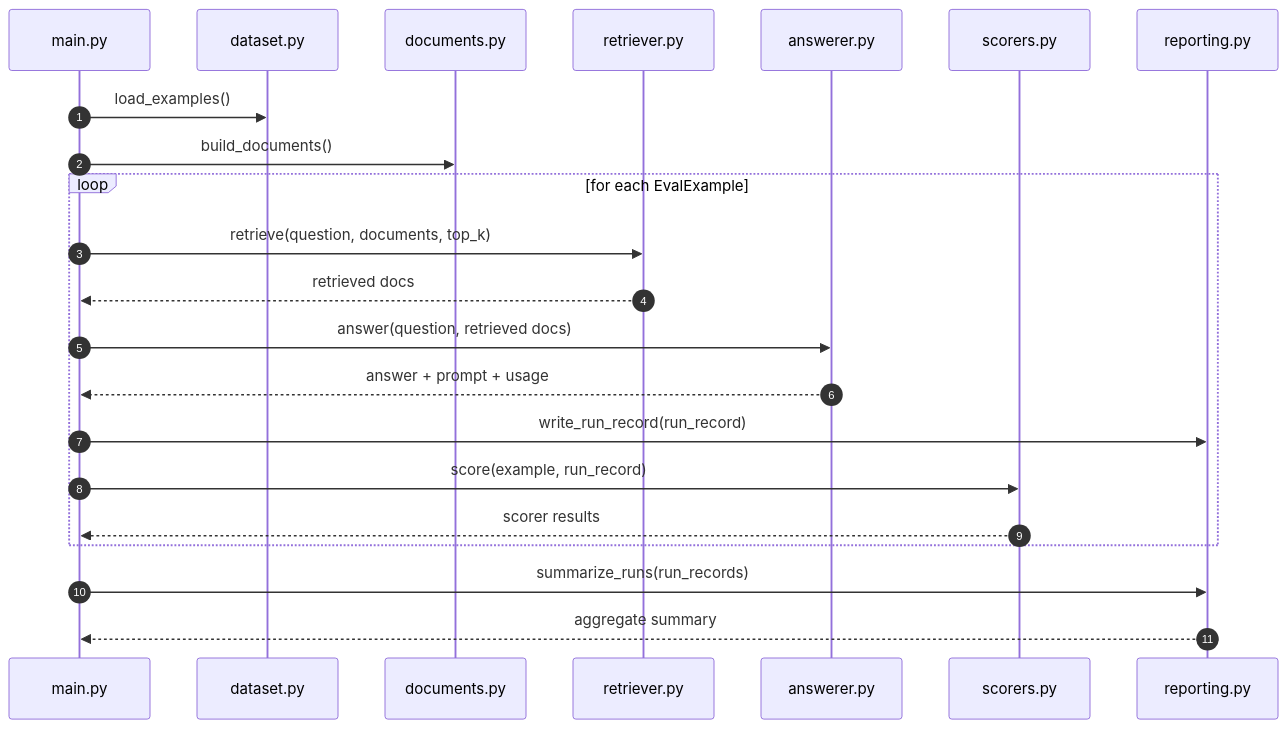
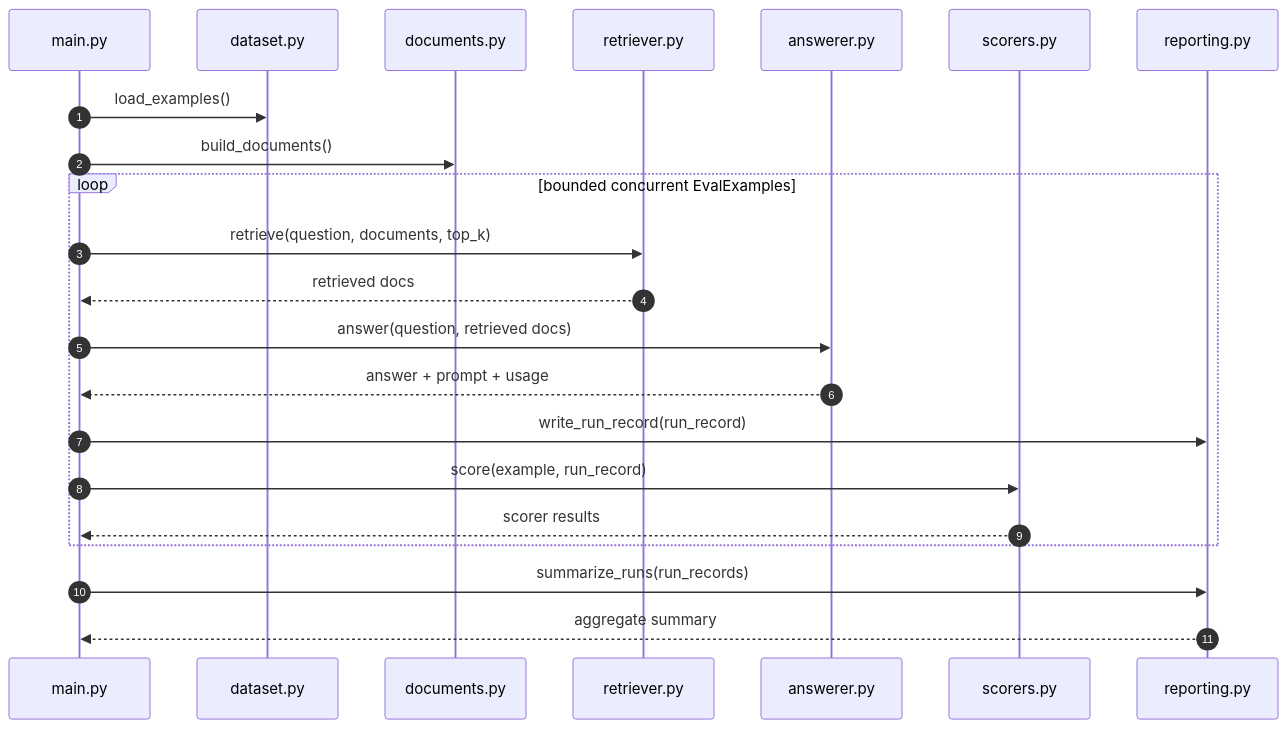
One commit to yao-creative/ai-playground changed the diagram in src/04-evals/README.md. Above: the diagram before and after it, drawn with Mermaid. The commit also changed other lines of this file and 24 other files, not shown here.

````diff
--- a/src/04-evals/README.md
+++ b/src/04-evals/README.md
@@ -32,25 +32,25 @@
 ```mermaid
 sequenceDiagram
     autonumber
     participant Main as main.py
     participant Dataset as dataset.py
     participant Docs as documents.py
     participant Retriever as retriever.py
     participant Answerer as answerer.py
     participant Scorers as scorers.py
     participant Report as reporting.py
 
     Main->>Dataset: load_examples()
     Main->>Docs: build_documents()
-    loop for each EvalExample
+    loop bounded concurrent EvalExamples
         Main->>Retriever: retrieve(question, documents, top_k)
         Retriever-->>Main: retrieved docs
         Main->>Answerer: answer(question, retrieved docs)
         Answerer-->>Main: answer + prompt + usage
         Main->>Report: write_run_record(run_record)
         Main->>Scorers: score(example, run_record)
         Scorers-->>Main: scorer results
     end
     Main->>Report: summarize_runs(run_records)
     Report-->>Main: aggregate summary
 ```
````
